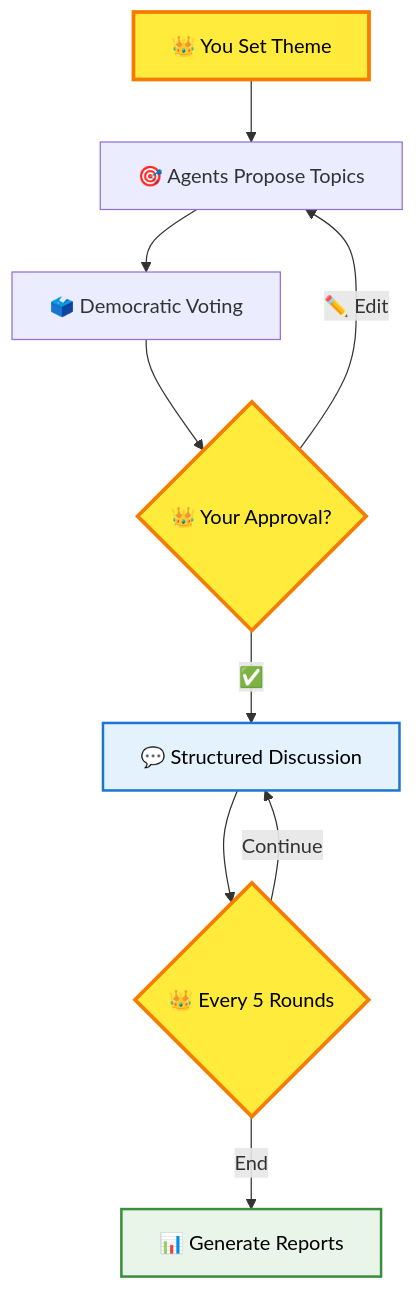
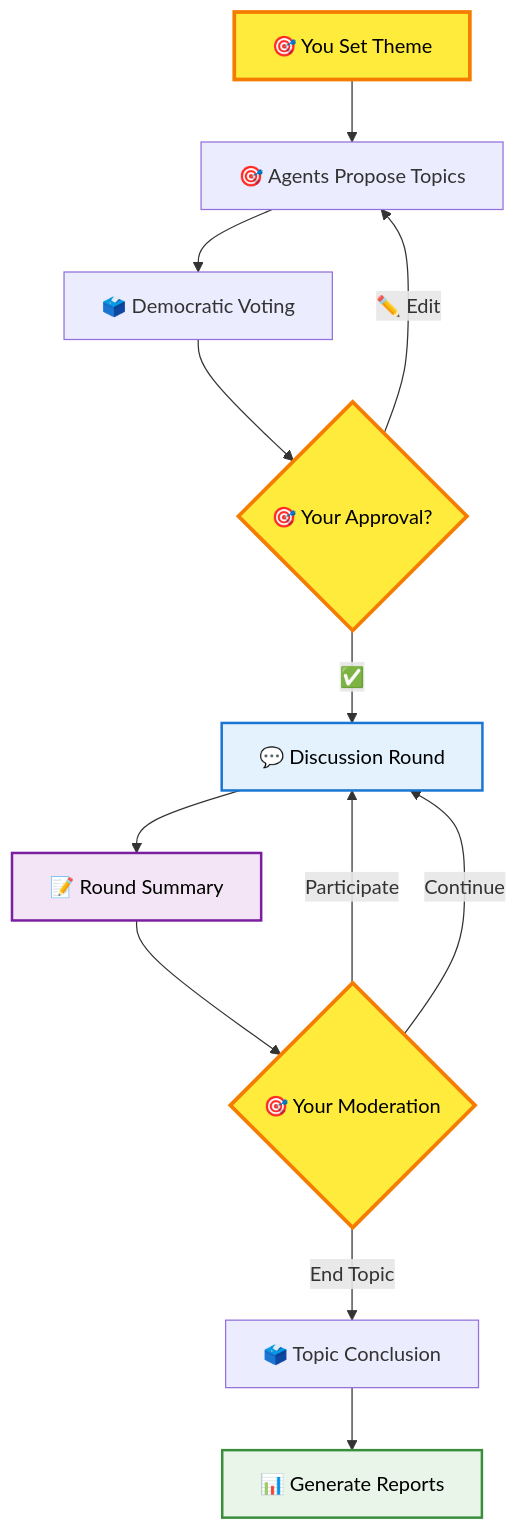
The second of 3 diagrams in docs/how-discussions-work.md (mpelos/virtual-agora), drawn with Mermaid before and after one commit. The commit also changed other lines of this file and 109 other files, not shown here.

Commit message:
Huge refactoring on Discussion flow

````diff
--- a/docs/how-discussions-work.md
+++ b/docs/how-discussions-work.md
@@ -77,17 +77,21 @@
 ```mermaid
 graph TD
-    THEME[👑 You Set Theme] --> PROPOSE[🎯 Agents Propose Topics]
+    THEME[🎯 You Set Theme] --> PROPOSE[🎯 Agents Propose Topics]
     PROPOSE --> VOTE[🗳️ Democratic Voting]
-    VOTE --> APPROVE{👑 Your Approval?}
-    APPROVE -->|✅| DISCUSS[💬 Structured Discussion]
+    VOTE --> APPROVE{🎯 Your Approval?}
+    APPROVE -->|✅| ROUND[💬 Discussion Round]
     APPROVE -->|✏️ Edit| PROPOSE
-    DISCUSS --> CHECKPOINT{👑 Every 5 Rounds}
-    CHECKPOINT -->|Continue| DISCUSS
-    CHECKPOINT -->|End| REPORT[📊 Generate Reports]
+    ROUND --> SUMMARY[📝 Round Summary]
+    SUMMARY --> MODERATE{🎯 Your Moderation}
+    MODERATE -->|Participate| ROUND
+    MODERATE -->|Continue| ROUND
+    MODERATE -->|End Topic| CONCLUSION[🗳️ Topic Conclusion]
+    CONCLUSION --> REPORT[📊 Generate Reports]
     
     style THEME fill:#ffeb3b,stroke:#f57c00,stroke-width:3px,color:#000
     style APPROVE fill:#ffeb3b,stroke:#f57c00,stroke-width:3px,color:#000
-    style CHECKPOINT fill:#ffeb3b,stroke:#f57c00,stroke-width:3px,color:#000
-    style DISCUSS fill:#e3f2fd,stroke:#1976d2,stroke-width:2px,color:#000
+    style MODERATE fill:#ffeb3b,stroke:#f57c00,stroke-width:3px,color:#000
+    style ROUND fill:#e3f2fd,stroke:#1976d2,stroke-width:2px,color:#000
+    style SUMMARY fill:#f3e5f5,stroke:#7b1fa2,stroke-width:2px,color:#000
     style REPORT fill:#e8f5e8,stroke:#388e3c,stroke-width:2px,color:#000
 ```
````
